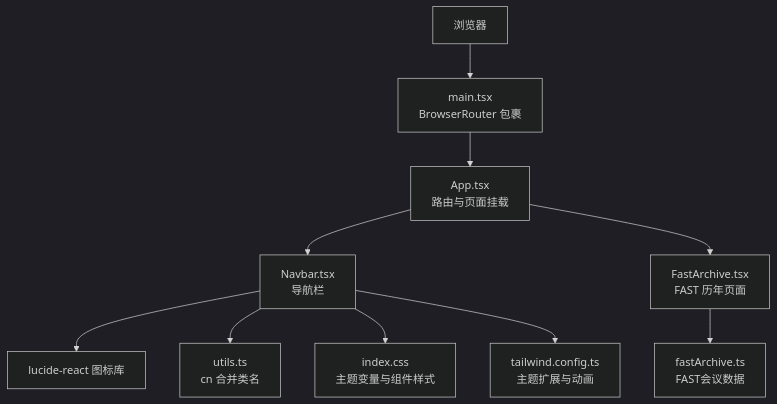
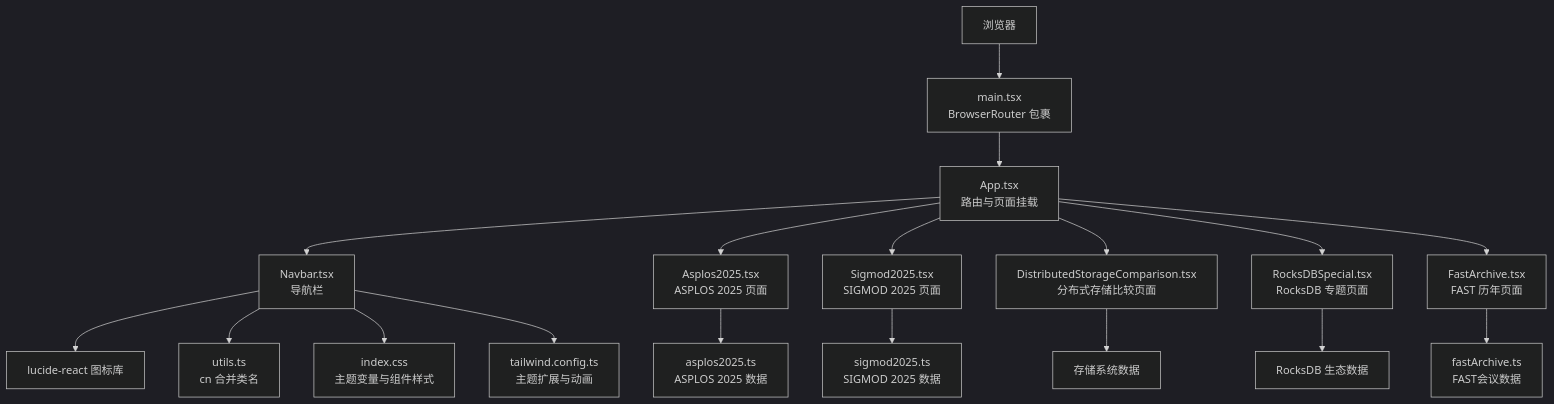
Before and after one commit to erikliu123/storage_ai_blog: the first of 8 diagrams in .qoder/repowiki/zh/content/组件系统/导航组件.md, drawn with Mermaid (dark theme). The commit also changed other lines of this file and 84 other files, not shown here.

````diff
--- a/.qoder/repowiki/zh/content/组件系统/导航组件.md
+++ b/.qoder/repowiki/zh/content/组件系统/导航组件.md
@@ -44,12 +51,20 @@
 ```mermaid
 graph TB
 Browser["浏览器"] --> Main["main.tsx<br/>BrowserRouter 包裹"]
 Main --> App["App.tsx<br/>路由与页面挂载"]
 App --> Navbar["Navbar.tsx<br/>导航栏"]
+App --> Asplos2025["Asplos2025.tsx<br/>ASPLOS 2025 页面"]
+App --> Sigmod2025["Sigmod2025.tsx<br/>SIGMOD 2025 页面"]
+App --> DistributedStorage["DistributedStorageComparison.tsx<br/>分布式存储比较页面"]
+App --> RocksDBSpecial["RocksDBSpecial.tsx<br/>RocksDB 专题页面"]
 App --> FastArchive["FastArchive.tsx<br/>FAST 历年页面"]
 Navbar --> Icons["lucide-react 图标库"]
 Navbar --> Utils["utils.ts<br/>cn 合并类名"]
 Navbar --> Styles["index.css<br/>主题变量与组件样式"]
 Navbar --> Tailwind["tailwind.config.ts<br/>主题扩展与动画"]
+Asplos2025 --> AspData["asplos2025.ts<br/>ASPLOS 2025 数据"]
+Sigmod2025 --> SigmodData["sigmod2025.ts<br/>SIGMOD 2025 数据"]
+DistributedStorage --> StorageData["存储系统数据"]
+RocksDBSpecial --> RocksDBData["RocksDB 生态数据"]
 FastArchive --> Data["fastArchive.ts<br/>FAST会议数据"]
 ```
````
